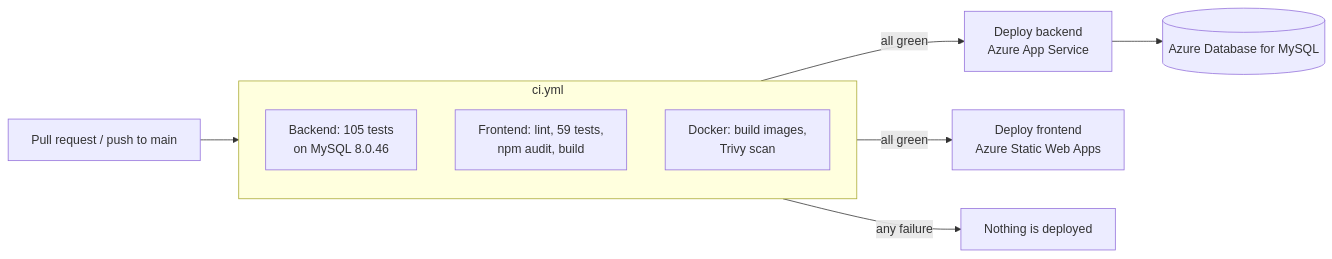
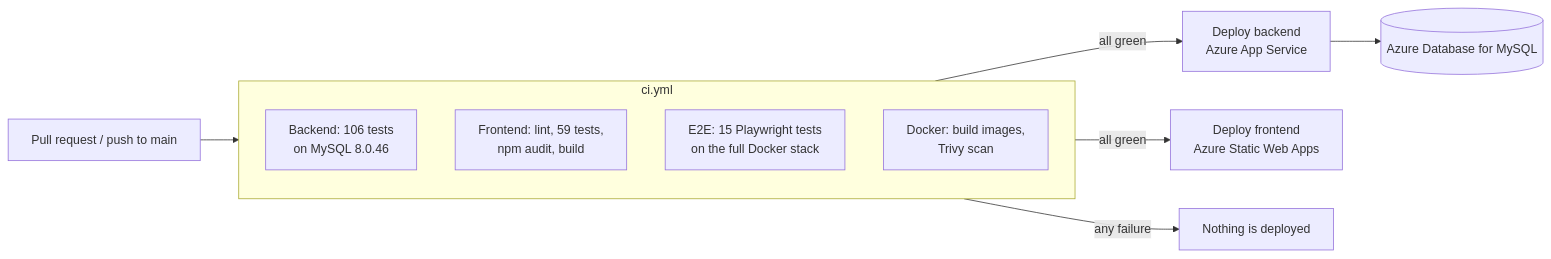
One commit to Mmeghna10/placementhub changed the fourth of 4 diagrams in README.md. Above: the diagram before and after it, drawn with Mermaid. The commit also changed other lines of this file and 21 other files, not shown here.

First line of the commit message:
Add Playwright end-to-end tests, API examples and fix Docker CORS port bug

````diff
--- a/README.md
+++ b/README.md
@@ -337,13 +338,14 @@
 ```mermaid
 flowchart LR
     PR[Pull request / push to main] --> CI
     subgraph CI["ci.yml"]
-        B["Backend: 105 tests<br/>on MySQL 8.0.46"]
+        B["Backend: 106 tests<br/>on MySQL 8.0.46"]
         F["Frontend: lint, 59 tests,<br/>npm audit, build"]
+        E["E2E: 15 Playwright tests<br/>on the full Docker stack"]
         D["Docker: build images,<br/>Trivy scan"]
     end
     CI -- all green --> DB["Deploy backend<br/>Azure App Service"]
     CI -- all green --> DF["Deploy frontend<br/>Azure Static Web Apps"]
     CI -- any failure --> X["Nothing is deployed"]
     DB --> M[(Azure Database for MySQL)]
 ```
````
